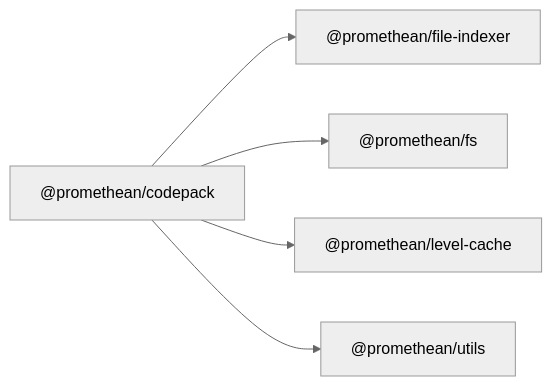
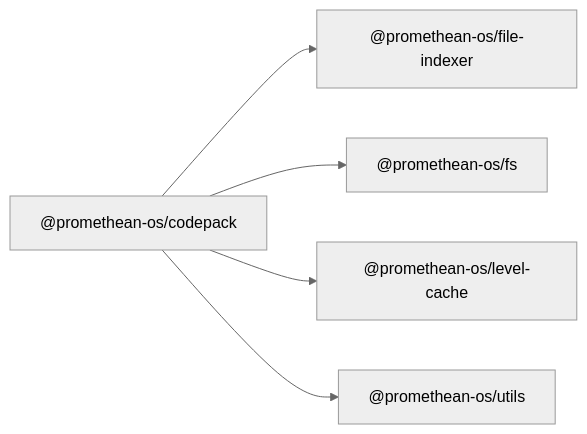
The diagram in docs/packages/codepack/README.md (octave-commons/promethean), drawn with Mermaid (neutral theme) before and after one commit. The commit also changed other lines of this file and 1753 other files, not shown here.

````diff
--- a/docs/packages/codepack/README.md
+++ b/docs/packages/codepack/README.md
@@ -14,16 +14,16 @@
 ```mermaid
 graph LR
-  A["@promethean/codepack"]
-  D1["@promethean/file-indexer"]
-  D2["@promethean/fs"]
-  D3["@promethean/level-cache"]
-  D4["@promethean/utils"]
-  A --> D1["@promethean/file-indexer"]
-  A --> D2["@promethean/fs"]
-  A --> D3["@promethean/level-cache"]
-  A --> D4["@promethean/utils"]
-  click D1 "../file-indexer/README.md" "@promethean/file-indexer"
-  click D2 "../fs/README.md" "@promethean/fs"
-  click D3 "../level-cache/README.md" "@promethean/level-cache"
-  click D4 "../utils/README.md" "@promethean/utils"
+  A["@promethean-os/codepack"]
+  D1["@promethean-os/file-indexer"]
+  D2["@promethean-os/fs"]
+  D3["@promethean-os/level-cache"]
+  D4["@promethean-os/utils"]
+  A --> D1["@promethean-os/file-indexer"]
+  A --> D2["@promethean-os/fs"]
+  A --> D3["@promethean-os/level-cache"]
+  A --> D4["@promethean-os/utils"]
+  click D1 "../file-indexer/README.md" "@promethean-os/file-indexer"
+  click D2 "../fs/README.md" "@promethean-os/fs"
+  click D3 "../level-cache/README.md" "@promethean-os/level-cache"
+  click D4 "../utils/README.md" "@promethean-os/utils"
 ```
````
